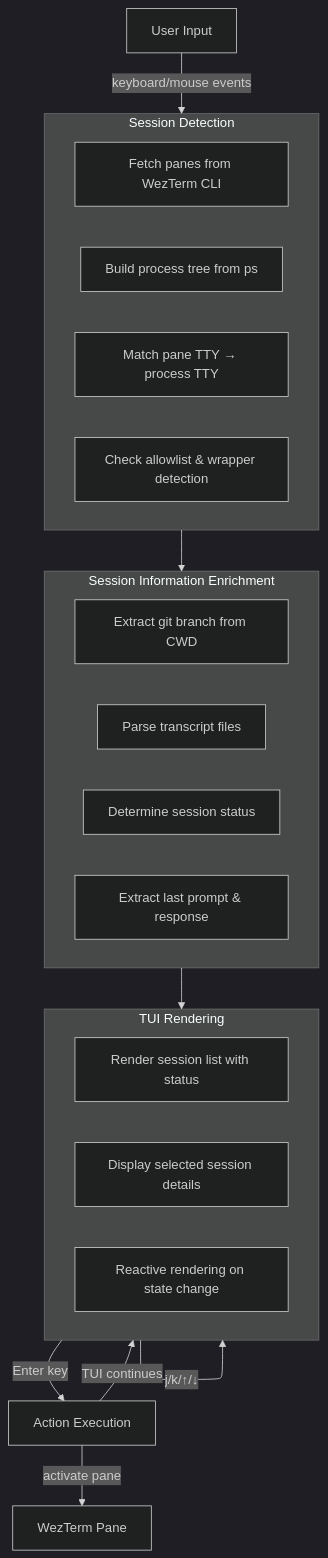
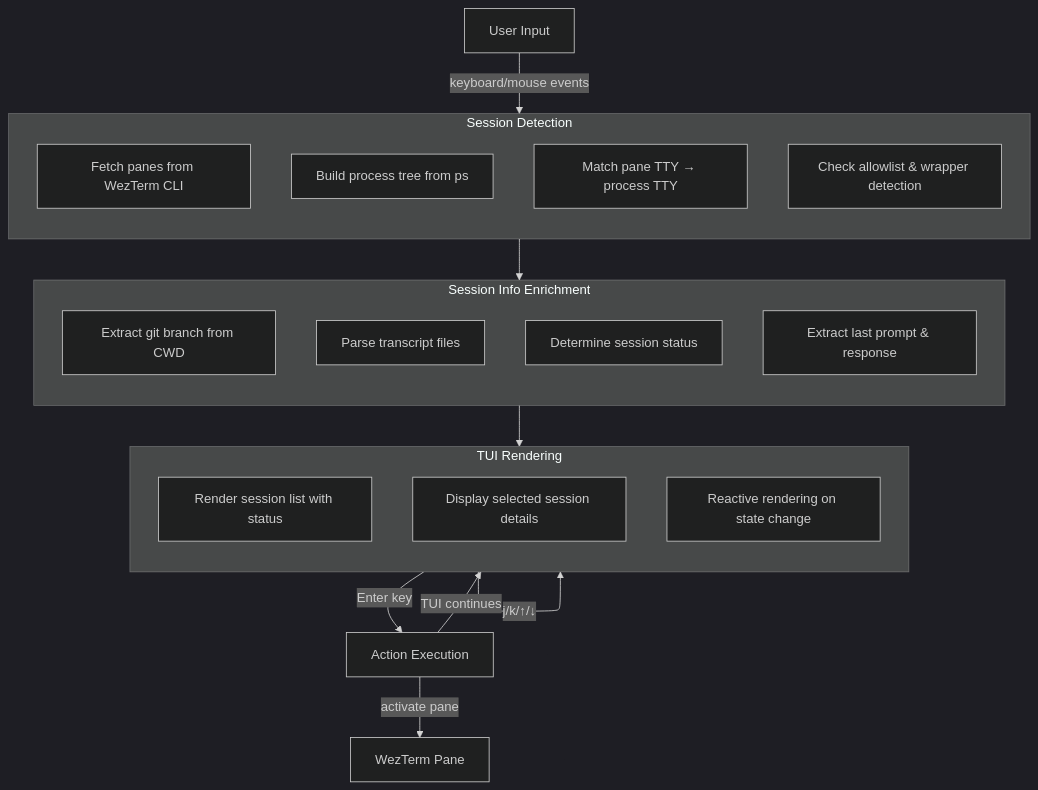
One commit to K-dash/wzcc changed the diagram in README.md. Above: the diagram before and after it, drawn with Mermaid (dark theme).

Commit message:
docs: fix mermaid subgraph label overlap issue
- Separate arrow connections from subgraph labels
- Add direction TB to subgraphs for consistent layout
- Shorten 'Session Information Enrichment' label

````diff
--- a/README.md
+++ b/README.md
@@ -161,34 +161,37 @@
 ```mermaid
 flowchart TD
-    A[User Input] -->|keyboard/mouse events| B[Session Detection]
+    A[User Input] -->|keyboard/mouse events| B
 
-    B --> C[Session Information Enrichment]
+    B --> C
 
-    C --> D[TUI Rendering]
+    C --> D
 
     D -->|Enter key| E[Action Execution]
     D -->|j/k/↑/↓| D
 
     E -->|activate pane| F[WezTerm Pane]
     E -->|TUI continues| D
 
-    subgraph B[Session Detection]
+    subgraph B [Session Detection]
+        direction TB
         B1[Fetch panes from WezTerm CLI]
         B2[Build process tree from ps]
         B3[Match pane TTY → process TTY]
         B4[Check allowlist & wrapper detection]
     end
 
-    subgraph C[Session Information Enrichment]
+    subgraph C [Session Info Enrichment]
+        direction TB
         C1[Extract git branch from CWD]
         C2[Parse transcript files]
         C3[Determine session status]
         C4[Extract last prompt & response]
     end
 
-    subgraph D[TUI Rendering]
+    subgraph D [TUI Rendering]
+        direction TB
         D1[Render session list with status]
         D2[Display selected session details]
         D3[Reactive rendering on state change]
     end
 ```
````
